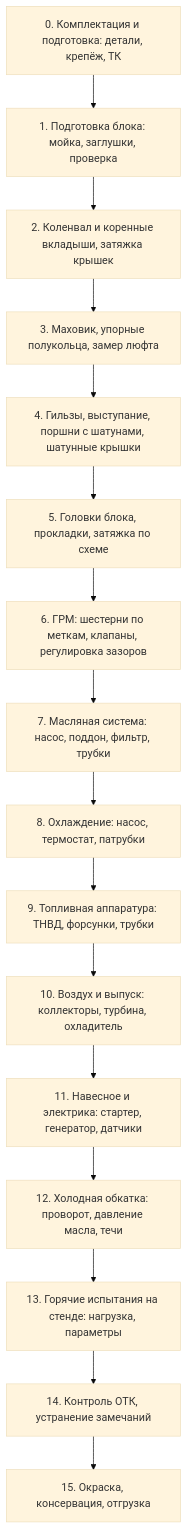
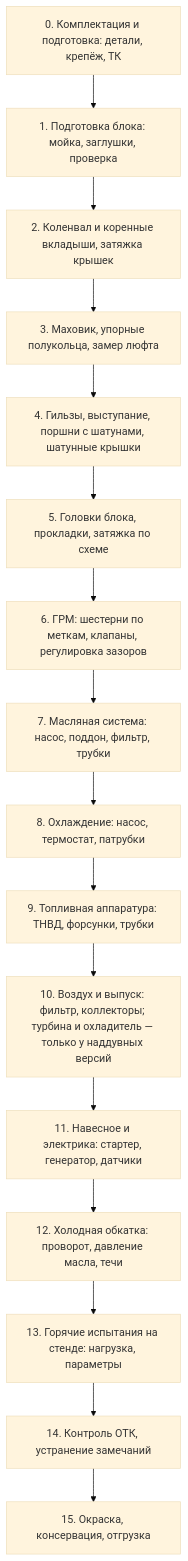
Before and after one commit to magomedov-engine/reactable: the second of 3 diagrams in vault/03_Сборка/01_Технологический_маршрут_сборки.md, drawn with Mermaid (base theme). The commit also changed other lines of this file and 24 other files, not shown here.

````diff
--- a/vault/03_Сборка/01_Технологический_маршрут_сборки.md
+++ b/vault/03_Сборка/01_Технологический_маршрут_сборки.md
@@ -35,19 +35,19 @@
 ```mermaid
 flowchart TD
   P0[0. Комплектация и подготовка: детали, крепёж, ТК] --> P1
   P1[1. Подготовка блока: мойка, заглушки, проверка] --> P2
   P2[2. Коленвал и коренные вкладыши, затяжка крышек] --> P3
   P3[3. Маховик, упорные полукольца, замер люфта] --> P4
   P4[4. Гильзы, выступание, поршни с шатунами, шатунные крышки] --> P5
   P5[5. Головки блока, прокладки, затяжка по схеме] --> P6
   P6[6. ГРМ: шестерни по меткам, клапаны, регулировка зазоров] --> P7
   P7[7. Масляная система: насос, поддон, фильтр, трубки] --> P8
   P8[8. Охлаждение: насос, термостат, патрубки] --> P9
   P9[9. Топливная аппаратура: ТНВД, форсунки, трубки] --> P10
-  P10[10. Воздух и выпуск: коллекторы, турбина, охладитель] --> P11
+  P10[10. Воздух и выпуск: фильтр, коллекторы; турбина и охладитель — только у наддувных версий] --> P11
   P11[11. Навесное и электрика: стартер, генератор, датчики] --> P12
   P12[12. Холодная обкатка: проворот, давление масла, течи] --> P13
   P13[13. Горячие испытания на стенде: нагрузка, параметры] --> P14
   P14[14. Контроль ОТК, устранение замечаний] --> P15
   P15[15. Окраска, консервация, отгрузка]
 ```
````
